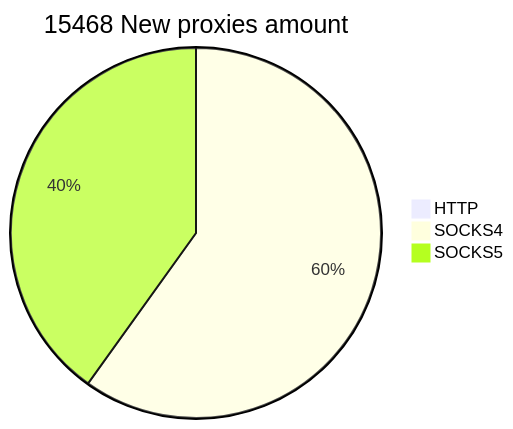
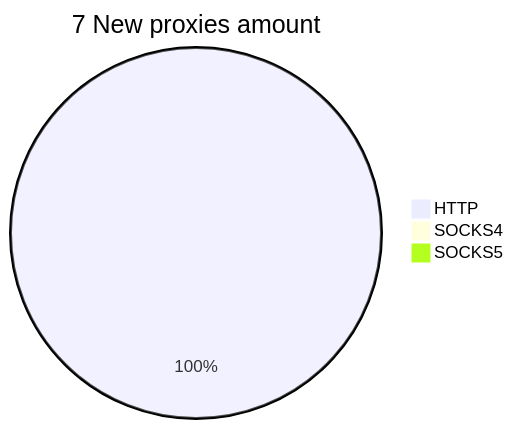
One commit to cutipu/proxylist changed the second of 2 diagrams in README.md. Above: the diagram before and after it, drawn with Mermaid. The commit also changed other lines of this file, not shown here.

````diff
--- a/README.md
+++ b/README.md
@@ -10,6 +10,6 @@
 ```mermaid
-pie title 15468 New proxies amount
-    "HTTP" : 0
-    "SOCKS4" : 9301
-    "SOCKS5" : 6225
+pie title 7 New proxies amount
+    "HTTP" : 7
+    "SOCKS4" : 0
+    "SOCKS5" : 0
 ```
````
